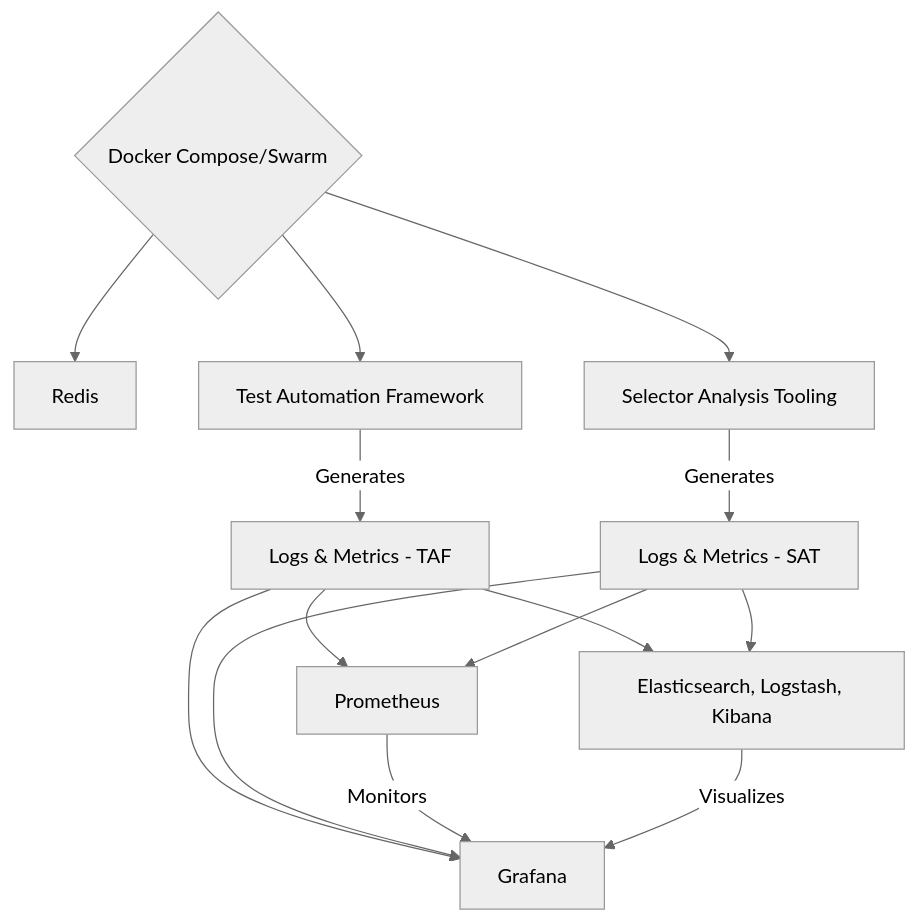
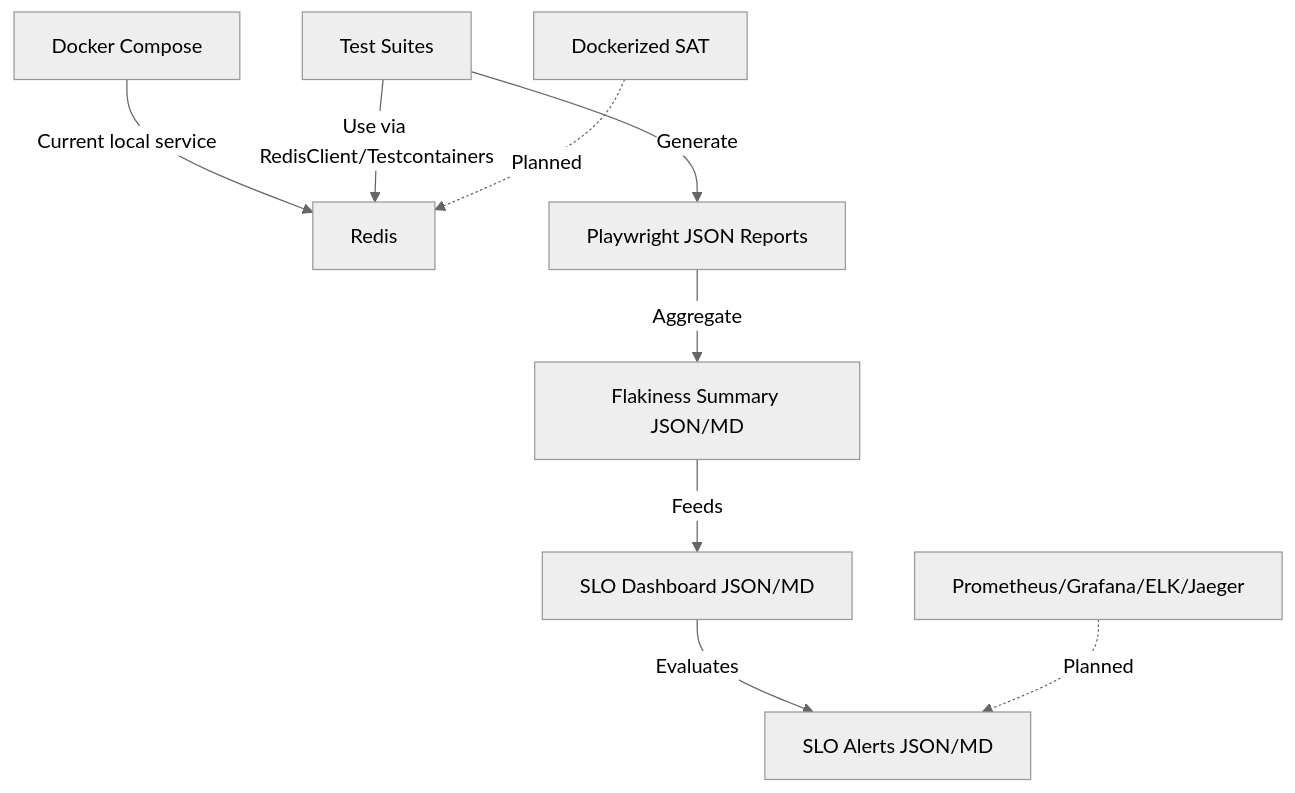
The fourth of 4 diagrams in README.md (jsugg/auroraflow), drawn with Mermaid (neutral theme) before and after one commit. The commit also changed other lines of this file, not shown here.

Commit message:
docs: clarify current infrastructure status

````diff
--- a/README.md
+++ b/README.md
@@ -176,21 +177,11 @@
 ```mermaid
 graph TD;
-    Docker{Docker Compose/Swarm}-->Redis[Redis];
-    Docker-->SAT[Selector Analysis Tooling];
-    Docker-->TAF[Test Automation Framework];
-    
-    TAF-->|Generates|LogsTAF[Logs & Metrics - TAF];
-    SAT-->|Generates|LogsSAT[Logs & Metrics - SAT];
-    
-    LogsTAF-->Prometheus[Prometheus];
-    LogsSAT-->Prometheus;
-    
-    LogsTAF-->Grafana[Grafana];
-    LogsSAT-->Grafana;
-    
-    LogsTAF-->ELK[Elasticsearch, Logstash, Kibana];
-    LogsSAT-->ELK;
-    
-    Prometheus-->|Monitors|Grafana;
-    ELK-->|Visualizes|Grafana;
+    Docker[Docker Compose]-->|Current local service|Redis[Redis];
+    Tests[Test Suites]-->|Use via RedisClient/Testcontainers|Redis;
+    Tests-->|Generate|PlaywrightReports[Playwright JSON Reports];
+    PlaywrightReports-->|Aggregate|Flakiness[Flakiness Summary JSON/MD];
+    Flakiness-->|Feeds|SLO[SLO Dashboard JSON/MD];
+    SLO-->|Evaluates|Alerts[SLO Alerts JSON/MD];
+    SAT[Dockerized SAT]-.->|Planned|Redis;
+    Monitoring[Prometheus/Grafana/ELK/Jaeger]-.->|Planned|Alerts;
 ```
````
